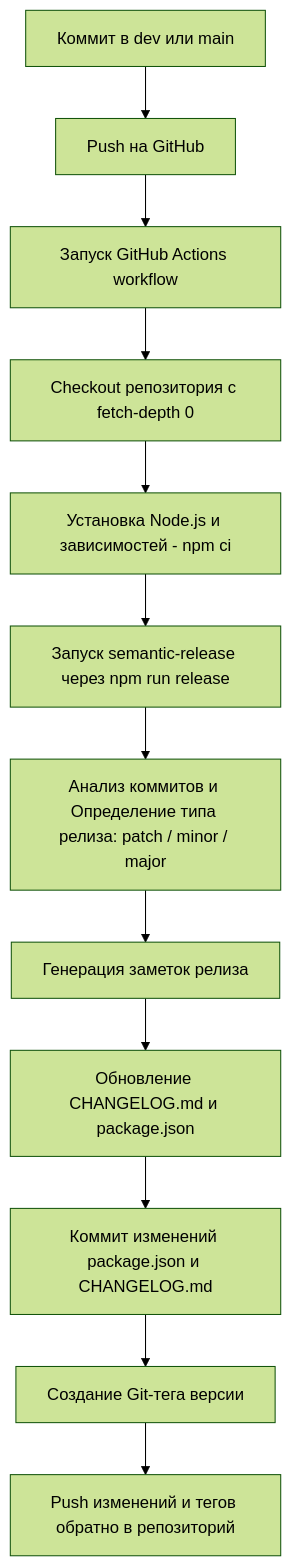
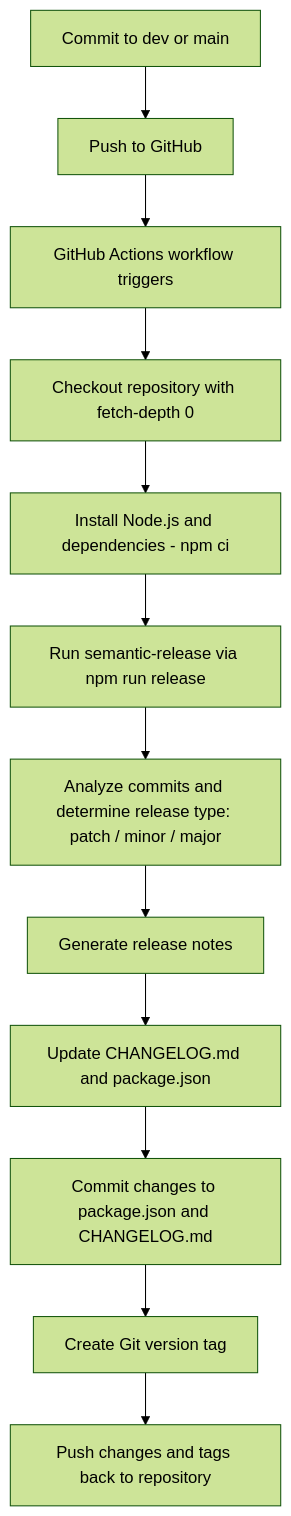
One commit to exact84/semantic-release-starter changed the diagram in readme.md. Above: the diagram before and after it, drawn with Mermaid (forest theme). The commit also changed other lines of this file and 1 other file, not shown here.

````diff
--- a/readme.md
+++ b/readme.md
@@ -58,16 +70,16 @@
 ```mermaid
 flowchart TD
-    A[Коммит в dev или main] --> B[Push на GitHub]
-    B --> C[Запуск GitHub Actions workflow]
-    C --> D[Checkout репозитория с fetch-depth 0]
-    D --> E[Установка Node.js и зависимостей - npm ci]
-    E --> F[Запуск semantic-release через npm run release]
+    A[Commit to dev or main] --> B[Push to GitHub]
+    B --> C[GitHub Actions workflow triggers]
+    C --> D[Checkout repository with fetch-depth 0]
+    D --> E[Install Node.js and dependencies - npm ci]
+    E --> F[Run semantic-release via npm run release]
     
-    F --> G[Анализ коммитов и Определение типа релиза: patch / minor / major]
-    G --> I[Генерация заметок релиза]
-    I --> J[Обновление CHANGELOG.md и package.json]
-    J --> L[Коммит изменений package.json и CHANGELOG.md]
-    L --> M[Создание Git-тега версии]
-    M --> N[Push изменений и тегов обратно в репозиторий]
+    F --> G[Analyze commits and determine release type: patch / minor / major]
+    G --> I[Generate release notes]
+    I --> J[Update CHANGELOG.md and package.json]
+    J --> L[Commit changes to package.json and CHANGELOG.md]
+    L --> M[Create Git version tag]
+    M --> N[Push changes and tags back to repository]
 
 ```
````
